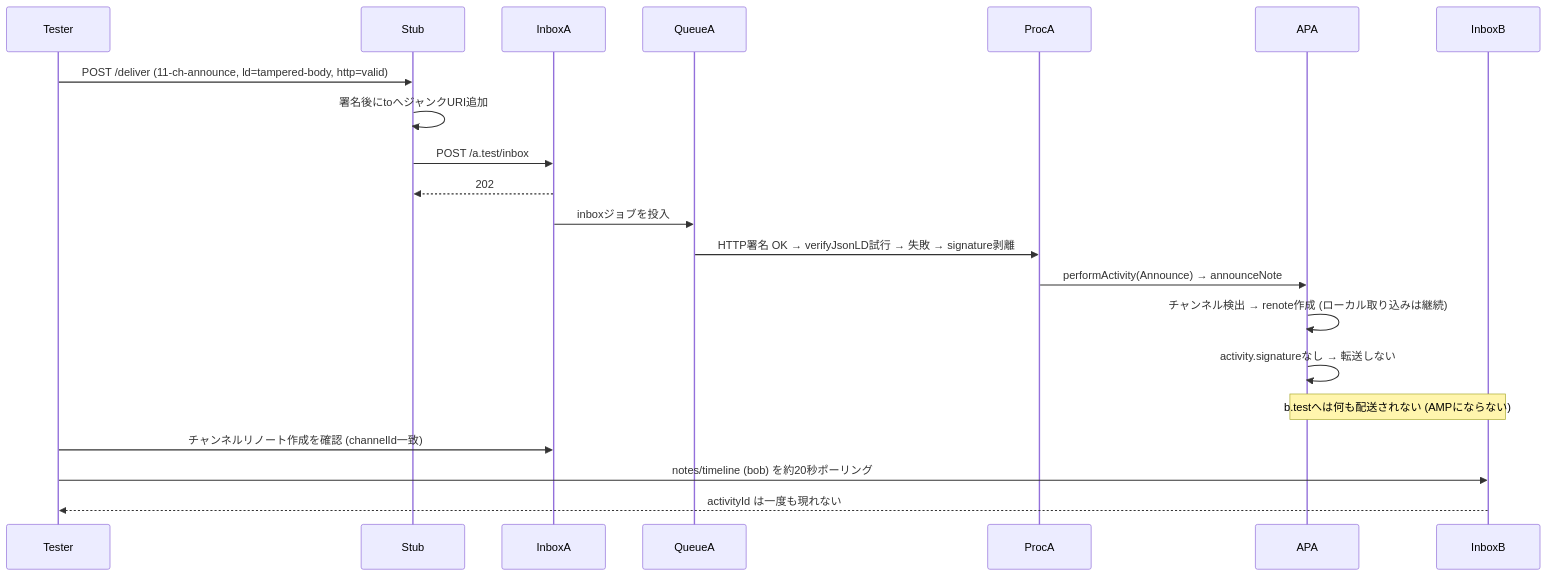
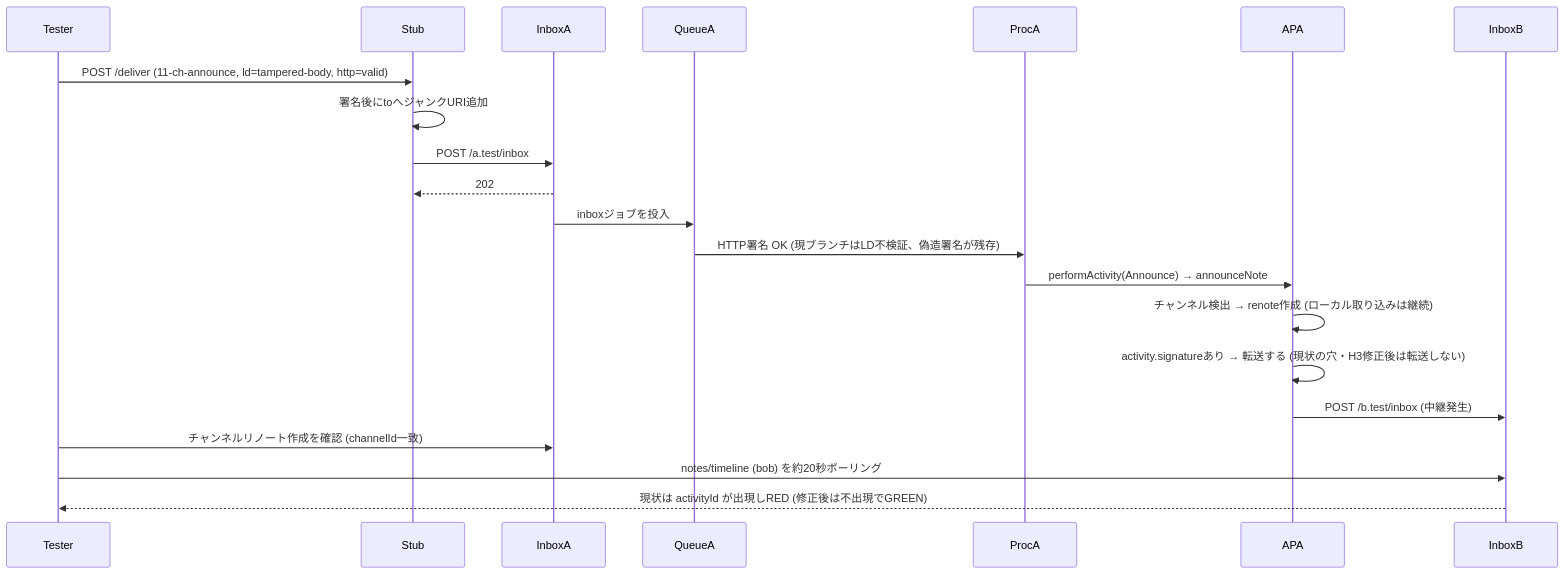
One commit to 4ster1sk/cherrypick changed diagram 16 of 20 in packages/backend/test-federation/test/json-ld-channel.sequence.md. Above: the diagram before and after it, drawn with Mermaid. The commit also changed other lines of this file and 3 other files, not shown here.

````diff
--- a/packages/backend/test-federation/test/json-ld-channel.sequence.md
+++ b/packages/backend/test-federation/test/json-ld-channel.sequence.md
@@ -323,16 +323,16 @@
 ```mermaid
 sequenceDiagram
     Tester->>Stub: POST /deliver (11-ch-announce, ld=tampered-body, http=valid)
     Stub->>Stub: 署名後にtoへジャンクURI追加
     Stub->>InboxA: POST /a.test/inbox
     InboxA-->>Stub: 202
     InboxA->>QueueA: inboxジョブを投入
-    QueueA->>ProcA: HTTP署名 OK → verifyJsonLD試行 → 失敗 → signature剥離
+    QueueA->>ProcA: HTTP署名 OK (現ブランチはLD不検証、偽造署名が残存)
     ProcA->>APA: performActivity(Announce) → announceNote
     APA->>APA: チャンネル検出 → renote作成 (ローカル取り込みは継続)
-    APA->>APA: activity.signatureなし → 転送しない
-    Note over APA,InboxB: b.testへは何も配送されない (AMPにならない)
+    APA->>APA: activity.signatureあり → 転送する (現状の穴・H3修正後は転送しない)
+    APA->>InboxB: POST /b.test/inbox (中継発生)
     Tester->>InboxA: チャンネルリノート作成を確認 (channelId一致)
     Tester->>InboxB: notes/timeline (bob) を約20秒ポーリング
-    InboxB-->>Tester: activityId は一度も現れない
+    InboxB-->>Tester: 現状は activityId が出現しRED (修正後は不出現でGREEN)
 ```
````
